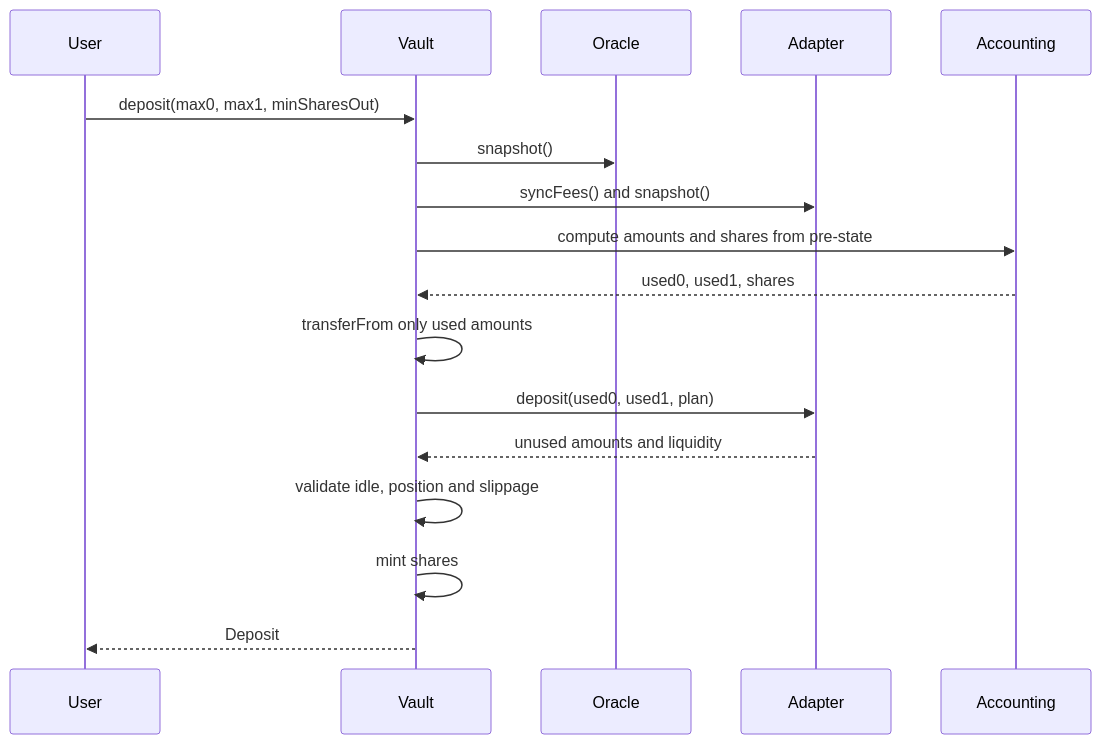
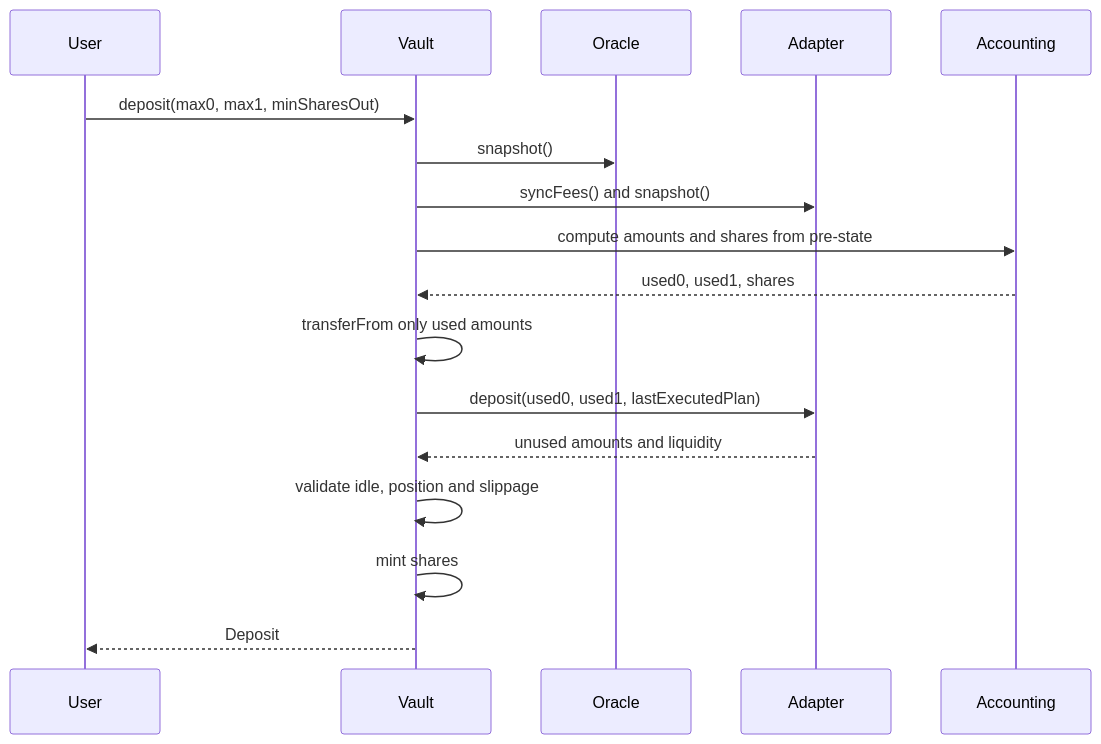
One commit to GGHansome/Adaptive-LP-Vault changed the fifth of 9 diagrams in ARCHITECTURE.md. Above: the diagram before and after it, drawn with Mermaid. The commit also changed other lines of this file and 3 other files, not shown here.

````diff
--- a/ARCHITECTURE.md
+++ b/ARCHITECTURE.md
@@ -852,20 +880,20 @@
 ```mermaid
 sequenceDiagram
     participant User
     participant Vault
     participant Oracle
     participant Adapter
     participant Accounting
 
     User->>Vault: deposit(max0, max1, minSharesOut)
     Vault->>Oracle: snapshot()
     Vault->>Adapter: syncFees() and snapshot()
     Vault->>Accounting: compute amounts and shares from pre-state
     Accounting-->>Vault: used0, used1, shares
     Vault->>Vault: transferFrom only used amounts
-    Vault->>Adapter: deposit(used0, used1, plan)
+    Vault->>Adapter: deposit(used0, used1, lastExecutedPlan)
     Adapter-->>Vault: unused amounts and liquidity
     Vault->>Vault: validate idle, position and slippage
     Vault->>Vault: mint shares
     Vault-->>User: Deposit
 ```
````
